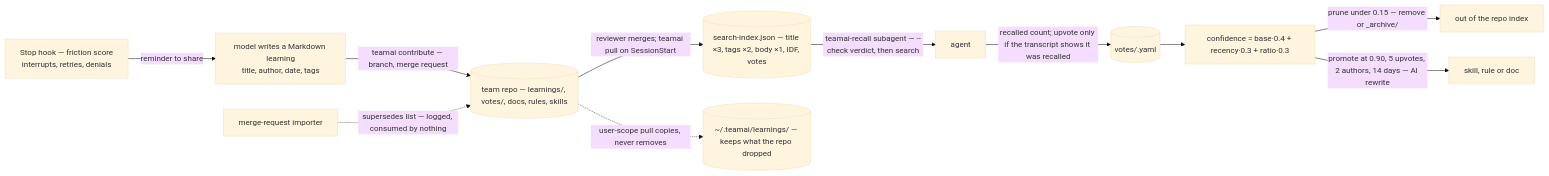
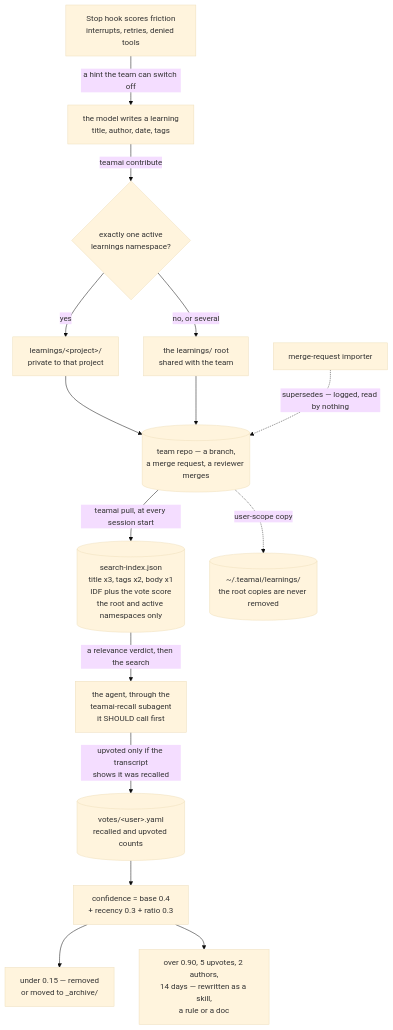
The diagram in content/systems/teamai-cli.md (neoneye/agent-memory-atlas), drawn with Mermaid (base theme) before and after one commit. The commit also changed other lines of this file and 9 other files, not shown here.

First line of the commit message:
teamai-cli re-read at 24260bd5: project-namespace isolation for learnings, the .removed list that propagates a deletion for every resource type except a learning, and a diagram redrawn tall because the wide one was unreadable

````diff
--- a/content/systems/teamai-cli.md
+++ b/content/systems/teamai-cli.md
@@ -123,14 +153,33 @@
 ```mermaid
-%% caption: a session's friction prompts a learning; the model writes it and contribute pushes a merge request; pull indexes it by title, tags and body with votes added; the model reaches it through a subagent told to ask first; recalls and transcript-verified upvotes become confidence; prune archives or removes below a threshold, promotion rewrites above it, and supersession is computed and written to nothing
-flowchart LR
-    F["Stop hook — friction score<br/>interrupts, retries, denials"] -->|"reminder to share"| M["model writes a Markdown learning<br/>title, author, date, tags"]
-    M -->|"teamai contribute — branch, merge request"| R[("team repo — learnings/, votes/, docs, rules, skills")]
-    R -->|"reviewer merges; teamai pull on SessionStart"| I[("search-index.json — title ×3, tags ×2, body ×1, IDF, votes")]
-    I -->|"teamai-recall subagent — --check verdict, then search"| A["agent"]
-    A -->|"recalled count; upvote only if the transcript shows it was recalled"| V[("votes/<user>.yaml")]
-    V --> C["confidence = base·0.4 + recency·0.3 + ratio·0.3"]
-    C -->|"prune under 0.15 — remove or _archive/"| X["out of the repo index"]
-    C -->|"promote at 0.90, 5 upvotes, 2 authors, 14 days — AI rewrite"| S["skill, rule or doc"]
-    MR["merge-request importer"] -.->|"supersedes list — logged, consumed by nothing"| R
-    R -.->|"user-scope pull copies, never removes"| U[("~/.teamai/learnings/ — keeps what the repo dropped")]
+%% caption: friction prompts a learning, contribute files it under a project namespace or at the shared root and opens a merge request, pull rebuilds an index over the root plus the member's active namespaces, a subagent the model is advised to call returns the hits, recalls and transcript-verified upvotes become a confidence that prunes or promotes, and two paths lead nowhere: the importer's supersession list and the user-scope copy that is never trimmed
+flowchart TB
+    F["Stop hook scores friction<br/>interrupts, retries, denied tools"]
+    M["the model writes a learning<br/>title, author, date, tags"]
+    P{"exactly one active<br/>learnings namespace?"}
+    NS["learnings/&lt;project&gt;/<br/>private to that project"]
+    RT["the learnings/ root<br/>shared with the team"]
+    R[("team repo — a branch,<br/>a merge request, a reviewer merges")]
+    I[("search-index.json<br/>title x3, tags x2, body x1<br/>IDF plus the vote score<br/>the root and active namespaces only")]
+    A["the agent, through the<br/>teamai-recall subagent<br/>it SHOULD call first"]
+    V[("votes/&lt;user&gt;.yaml<br/>recalled and upvoted counts")]
+    C["confidence = base 0.4<br/>+ recency 0.3 + ratio 0.3"]
+    X["under 0.15 — removed<br/>or moved to _archive/"]
+    S2["over 0.90, 5 upvotes, 2 authors,<br/>14 days — rewritten as a skill,<br/>a rule or a doc"]
+    U[("~/.teamai/learnings/<br/>the root copies are never removed")]
+    MR["merge-request importer"]
+
+    F -->|"a hint the team can switch off"| M
+    M -->|"teamai contribute"| P
+    P -- yes --> NS
+    P -- "no, or several" --> RT
+    NS --> R
+    RT --> R
+    R -->|"teamai pull, at every session start"| I
+    I -->|"a relevance verdict, then the search"| A
+    A -->|"upvoted only if the transcript<br/>shows it was recalled"| V
+    V --> C
+    C --> X
+    C --> S2
+    MR -.->|"supersedes — logged, read by nothing"| R
+    R -.->|"user-scope copy"| U
 ```
````
